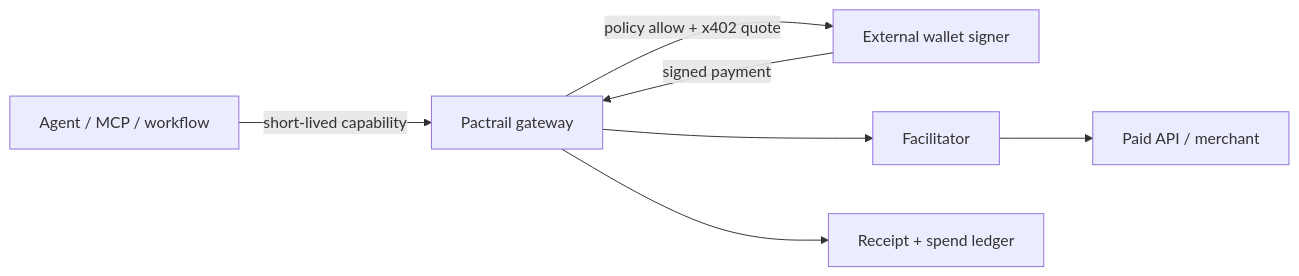
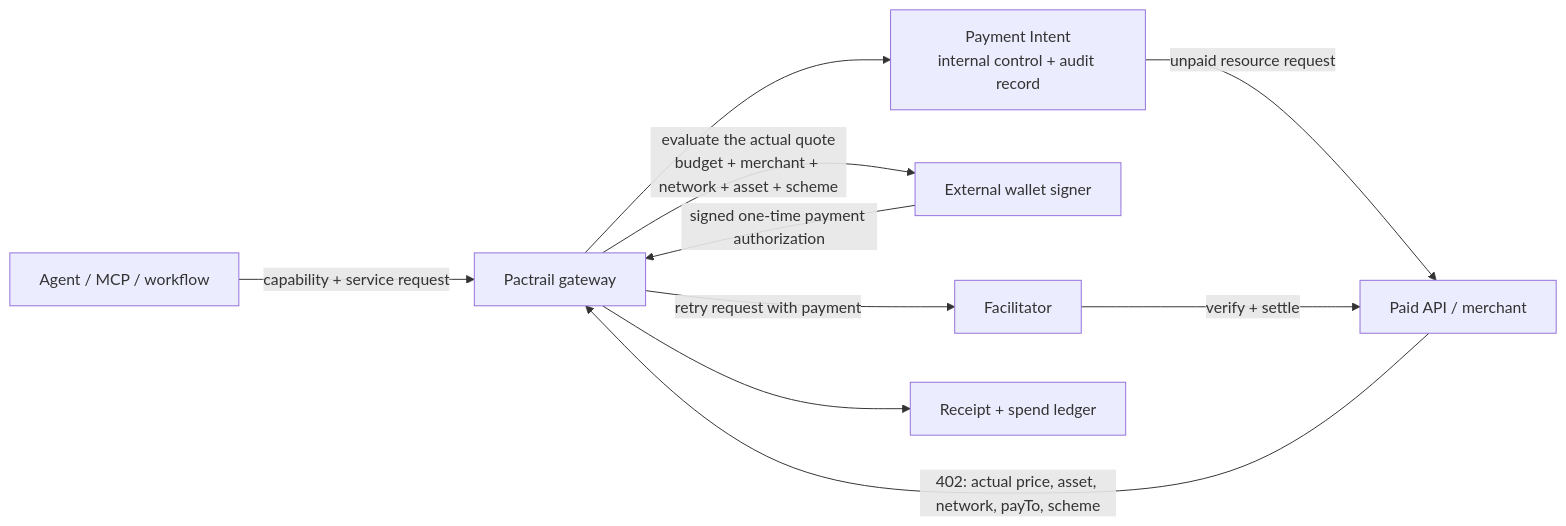
Before and after one commit to xudongWu2022/Pactrail: the first of 2 diagrams in README.md, drawn with Mermaid. The commit also changed other lines of this file, not shown here.

Commit message:
docs: clarify payment intent in x402 flow

````diff
--- a/README.md
+++ b/README.md
@@ -10,9 +10,12 @@
 ```mermaid
 flowchart LR
-  A[Agent / MCP / workflow] -->|short-lived capability| P[Pactrail gateway]
-  P -->|policy allow + x402 quote| W[External wallet signer]
-  W -->|signed payment| P
-  P --> F[Facilitator]
-  F --> M[Paid API / merchant]
+  A[Agent / MCP / workflow] -->|capability + service request| P[Pactrail gateway]
+  P --> I[Payment Intent\ninternal control + audit record]
+  I -->|unpaid resource request| M[Paid API / merchant]
+  M -->|402: actual price, asset, network, payTo, scheme| P
+  P -->|evaluate the actual quote\nbudget + merchant + network + asset + scheme| W[External wallet signer]
+  W -->|signed one-time payment authorization| P
+  P -->|retry request with payment| F[Facilitator]
+  F -->|verify + settle| M
   P --> R[Receipt + spend ledger]
 ```
````
